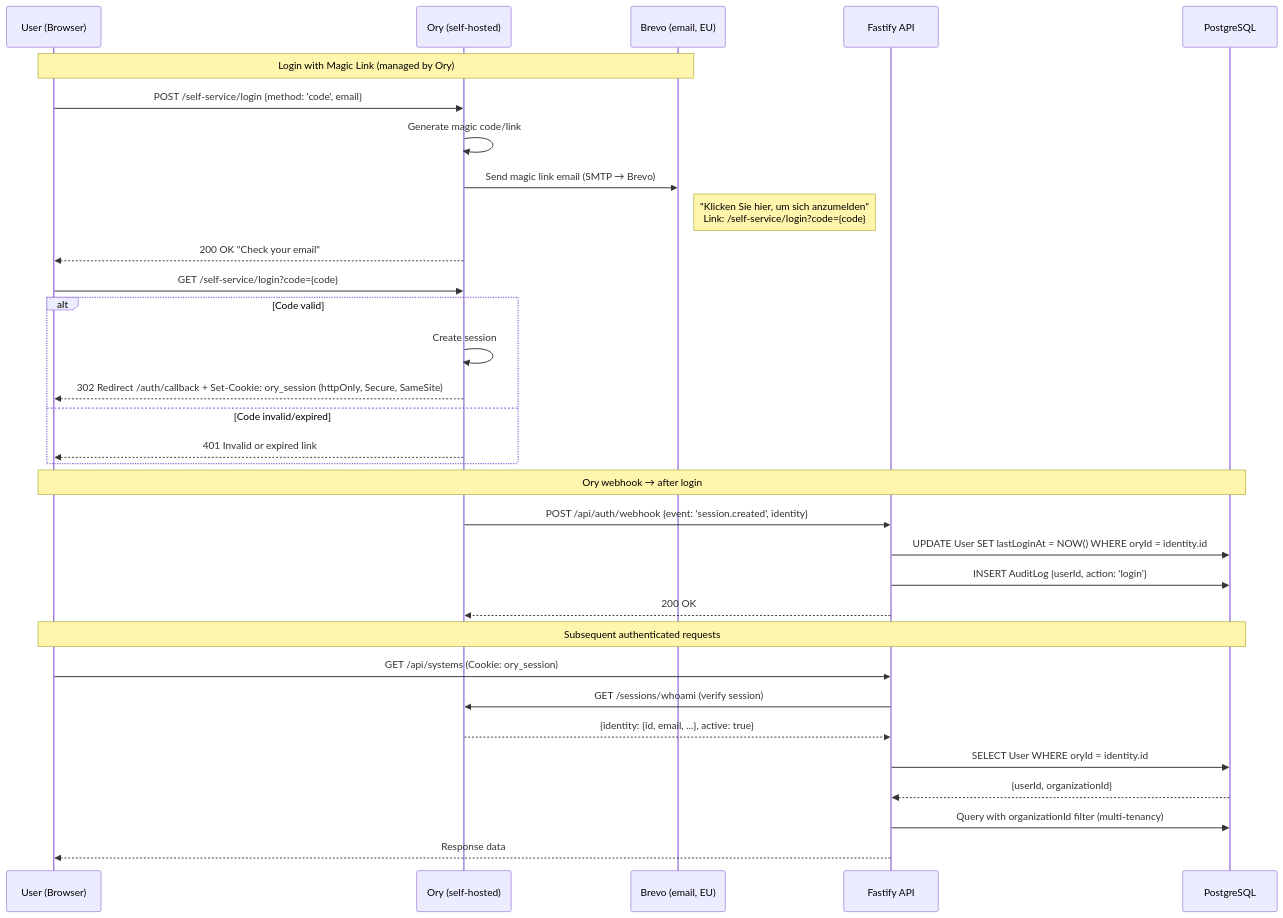
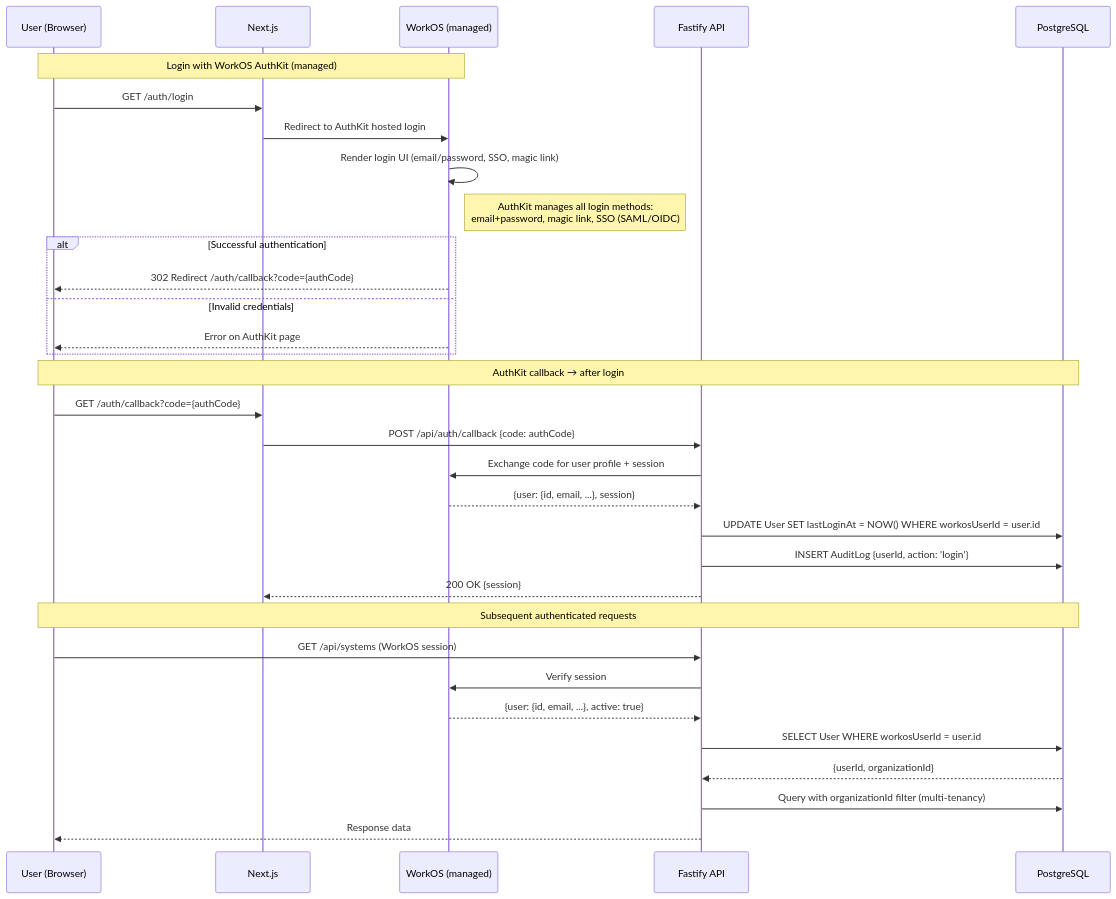
One commit to complior/complior changed the eighth of 26 diagrams in docs/DATA-FLOWS.md. Above: the diagram before and after it, drawn with Mermaid. The commit also changed other lines of this file and 133 other files, not shown here.

````diff
--- a/docs/DATA-FLOWS.md
+++ b/docs/DATA-FLOWS.md
@@ -453,39 +457,39 @@
 ```mermaid
 sequenceDiagram
     participant User as User (Browser)
-    participant Ory as Ory (self-hosted)
-    participant Brevo as Brevo (email, EU)
+    participant Next as Next.js
+    participant WorkOS as WorkOS (managed)
     participant API as Fastify API
     participant DB as PostgreSQL
 
-    Note over User,Brevo: Login with Magic Link (managed by Ory)
+    Note over User,WorkOS: Login with WorkOS AuthKit (managed)
 
-    User->>Ory: POST /self-service/login {method: 'code', email}
-    Ory->>Ory: Generate magic code/link
-    Ory->>Brevo: Send magic link email (SMTP → Brevo)
-    Note right of Brevo: "Klicken Sie hier, um sich anzumelden"<br/>Link: /self-service/login?code={code}
-    Ory-->>User: 200 OK "Check your email"
+    User->>Next: GET /auth/login
+    Next->>WorkOS: Redirect to AuthKit hosted login
+    WorkOS->>WorkOS: Render login UI (email/password, SSO, magic link)
+    Note right of WorkOS: AuthKit manages all login methods:<br/>email+password, magic link, SSO (SAML/OIDC)
 
-    User->>Ory: GET /self-service/login?code={code}
-    alt Code valid
-        Ory->>Ory: Create session
-        Ory-->>User: 302 Redirect /auth/callback + Set-Cookie: ory_session (httpOnly, Secure, SameSite)
-    else Code invalid/expired
-        Ory-->>User: 401 Invalid or expired link
+    alt Successful authentication
+        WorkOS-->>User: 302 Redirect /auth/callback?code={authCode}
+    else Invalid credentials
+        WorkOS-->>User: Error on AuthKit page
     end
 
-    Note over User,DB: Ory webhook → after login
-    Ory->>API: POST /api/auth/webhook {event: 'session.created', identity}
-    API->>DB: UPDATE User SET lastLoginAt = NOW() WHERE oryId = identity.id
+    Note over User,DB: AuthKit callback → after login
+    User->>Next: GET /auth/callback?code={authCode}
+    Next->>API: POST /api/auth/callback {code: authCode}
+    API->>WorkOS: Exchange code for user profile + session
+    WorkOS-->>API: {user: {id, email, ...}, session}
+    API->>DB: UPDATE User SET lastLoginAt = NOW() WHERE workosUserId = user.id
     API->>DB: INSERT AuditLog {userId, action: 'login'}
-    API-->>Ory: 200 OK
+    API-->>Next: 200 OK {session}
 
     Note over User,DB: Subsequent authenticated requests
-    User->>API: GET /api/systems (Cookie: ory_session)
-    API->>Ory: GET /sessions/whoami (verify session)
-    Ory-->>API: {identity: {id, email, ...}, active: true}
-    API->>DB: SELECT User WHERE oryId = identity.id
+    User->>API: GET /api/systems (WorkOS session)
+    API->>WorkOS: Verify session
+    WorkOS-->>API: {user: {id, email, ...}, active: true}
+    API->>DB: SELECT User WHERE workosUserId = user.id
     DB-->>API: {userId, organizationId}
     API->>DB: Query with organizationId filter (multi-tenancy)
     API-->>User: Response data
 ```
````
